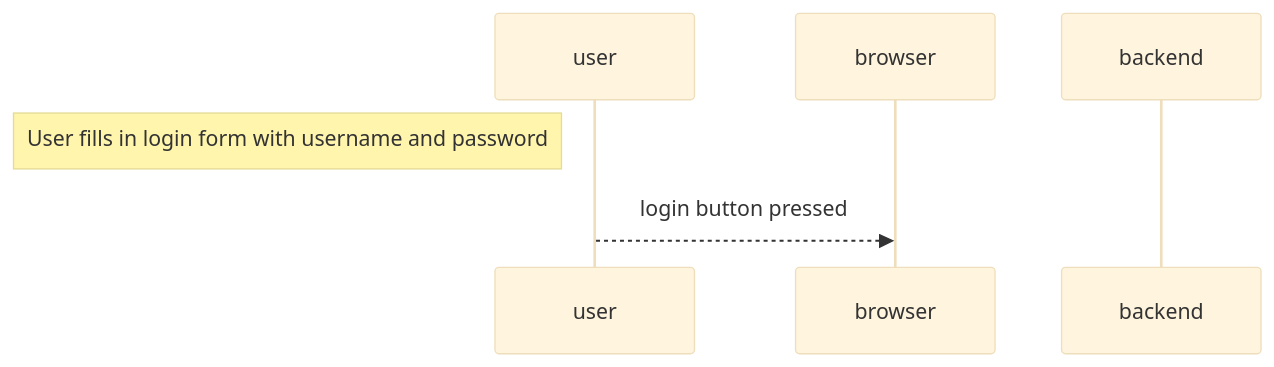
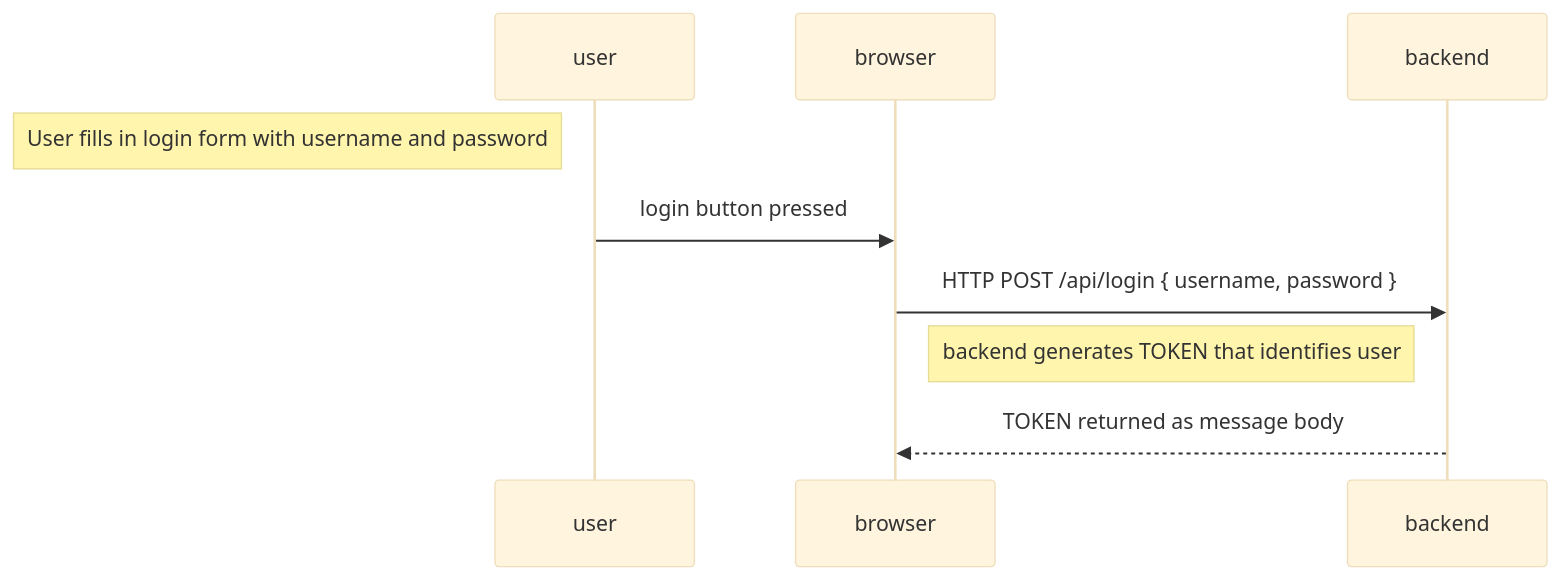
The third of 3 diagrams in README.md (fullstack-hy2020/misc), drawn with Mermaid (base theme) before and after one commit.

````diff
--- a/README.md
+++ b/README.md
@@ -54,10 +54,14 @@
 ```mermaid
 sequenceDiagram
     participant user
     participant browser
     participant backend
     
     Note left of user: User fills in login form with username and password
-    user-->>browser: login button pressed
+    user->>browser: login button pressed
+    browser->>backend: HTTP POST /api/login { username, password }
+    
+    Note left of backend: backend generates TOKEN that identifies user
+    backend-->>browser: TOKEN returned as message body  
 
 ```
````
